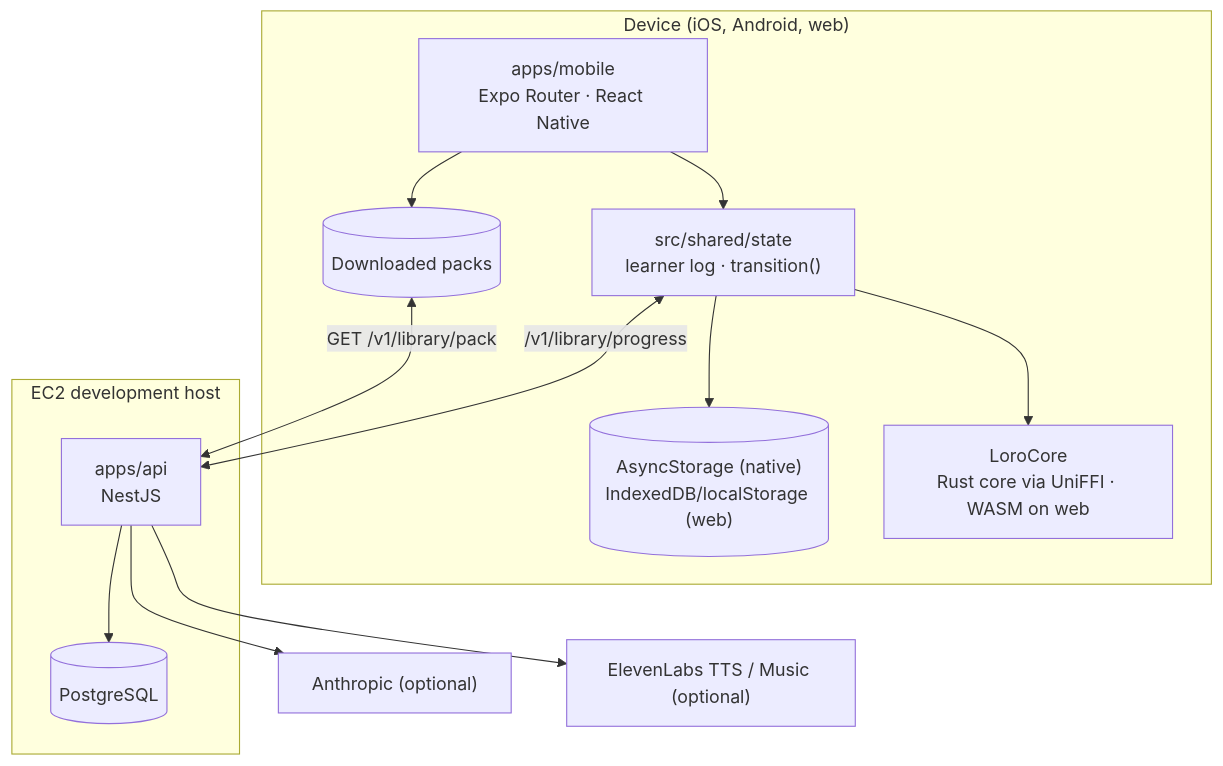
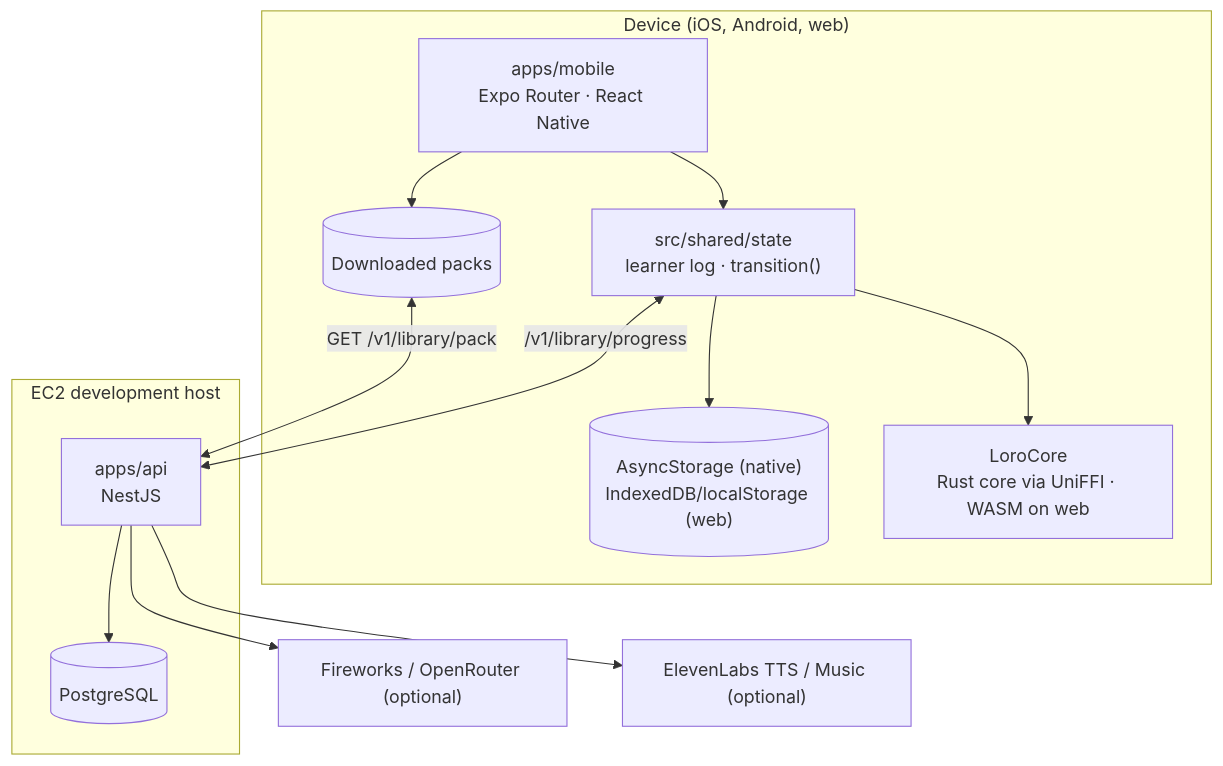
The diagram in docs/architecture/overview.md (asavienko/loro), drawn with Mermaid before and after one commit. The commit also changed other lines of this file and 12 other files, not shown here.

````diff
--- a/docs/architecture/overview.md
+++ b/docs/architecture/overview.md
@@ -8,27 +8,27 @@
 ```mermaid
 graph TB
   subgraph device["Device (iOS, Android, web)"]
     UI["apps/mobile<br/>Expo Router · React Native"]
     STATE["src/shared/state<br/>learner log · transition()"]
     STORE[("AsyncStorage (native)<br/>IndexedDB/localStorage (web)")]
     CORE["LoroCore<br/>Rust core via UniFFI · WASM on web"]
     PACKS[("Downloaded packs")]
   end
 
   subgraph cloud["EC2 development host"]
     API["apps/api<br/>NestJS"]
     PG[("PostgreSQL")]
   end
 
-  AI["Anthropic (optional)"]
+  AI["Fireworks / OpenRouter (optional)"]
   VOICE["ElevenLabs TTS / Music (optional)"]
 
   UI --> STATE --> STORE
   STATE --> CORE
   UI --> PACKS
   PACKS <-->|"GET /v1/library/pack"| API
   STATE <-->|"/v1/library/progress"| API
   API --> PG
   API --> AI
   API --> VOICE
 ```
````
